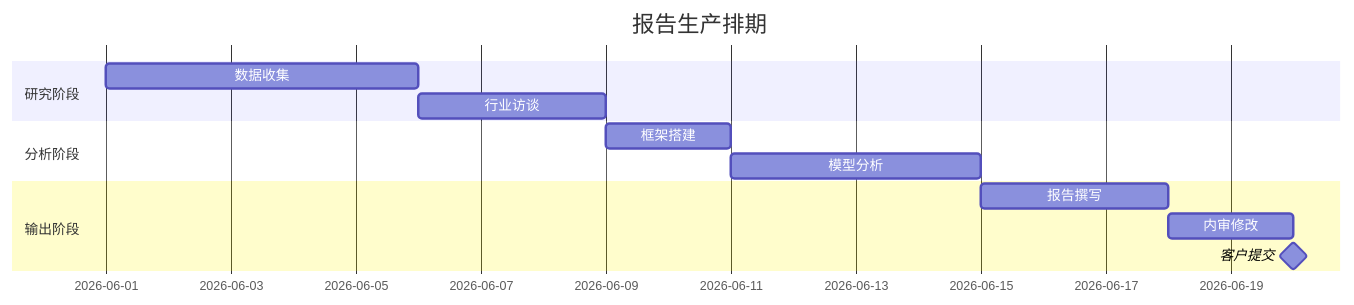
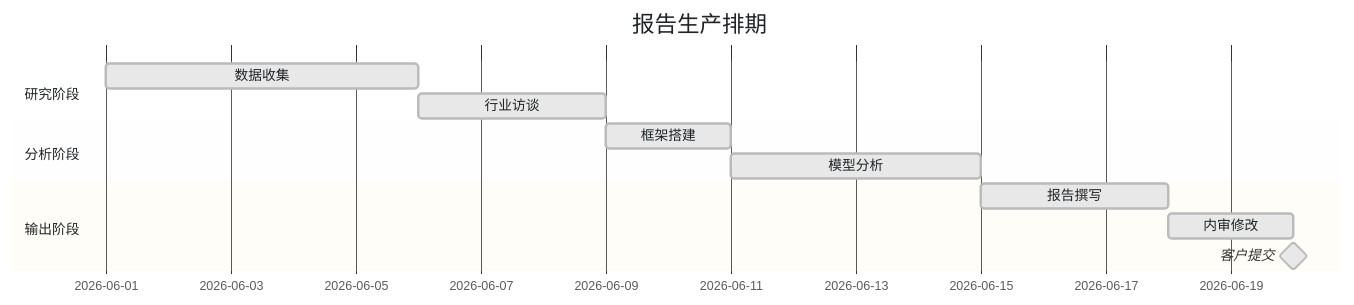
One commit to harveyzhang814/harveyz-skill changed the seventh of 7 diagrams in skills/writing/mermaid-diagram/tests/bain-style-test.md. Above: the diagram before and after it, drawn with Mermaid. The commit also changed other lines of this file and 3 other files, not shown here.

First line of the commit message:
feat(mermaid): per-diagram-type style system v1.5.0

````diff
--- a/skills/writing/mermaid-diagram/tests/bain-style-test.md
+++ b/skills/writing/mermaid-diagram/tests/bain-style-test.md
@@ -159,15 +162,16 @@
 ```mermaid
+%%{init: {"theme":"base","themeVariables":{"taskBkgColor":"#E8E8E8","taskBorderColor":"#BBBBBB","taskTextColor":"#212427","activeTaskBkgColor":"#CC0000","activeTaskBorderColor":"#A30000","critBkgColor":"#7B1010","critBorderColor":"#B52020","doneTaskBkgColor":"#F5F5F5","doneTaskBorderColor":"#D8D8D8","sectionBkgColor":"#FFFFFF","altSectionBkgColor":"#F8F8F8","gridColor":"#DDDDDD","titleColor":"#212427"}}}%%
 gantt
     title 报告生产排期
     dateFormat  YYYY-MM-DD
     section 研究阶段
     数据收集       :a1, 2026-06-01, 5d
     行业访谈       :a2, after a1, 3d
     section 分析阶段
     框架搭建       :b1, after a2, 2d
     模型分析       :b2, after b1, 4d
     section 输出阶段
     报告撰写       :c1, after b2, 3d
     内审修改       :c2, after c1, 2d
     客户提交       :milestone, after c2, 0d
 ```
````
